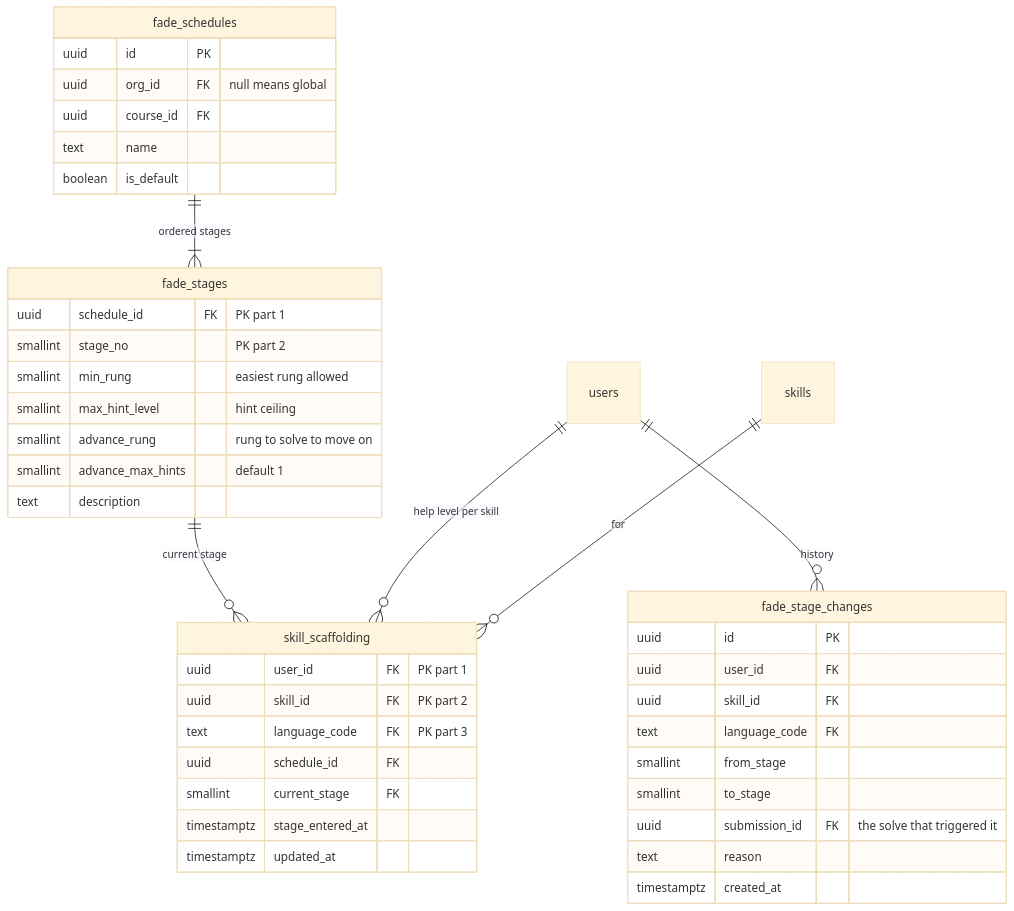
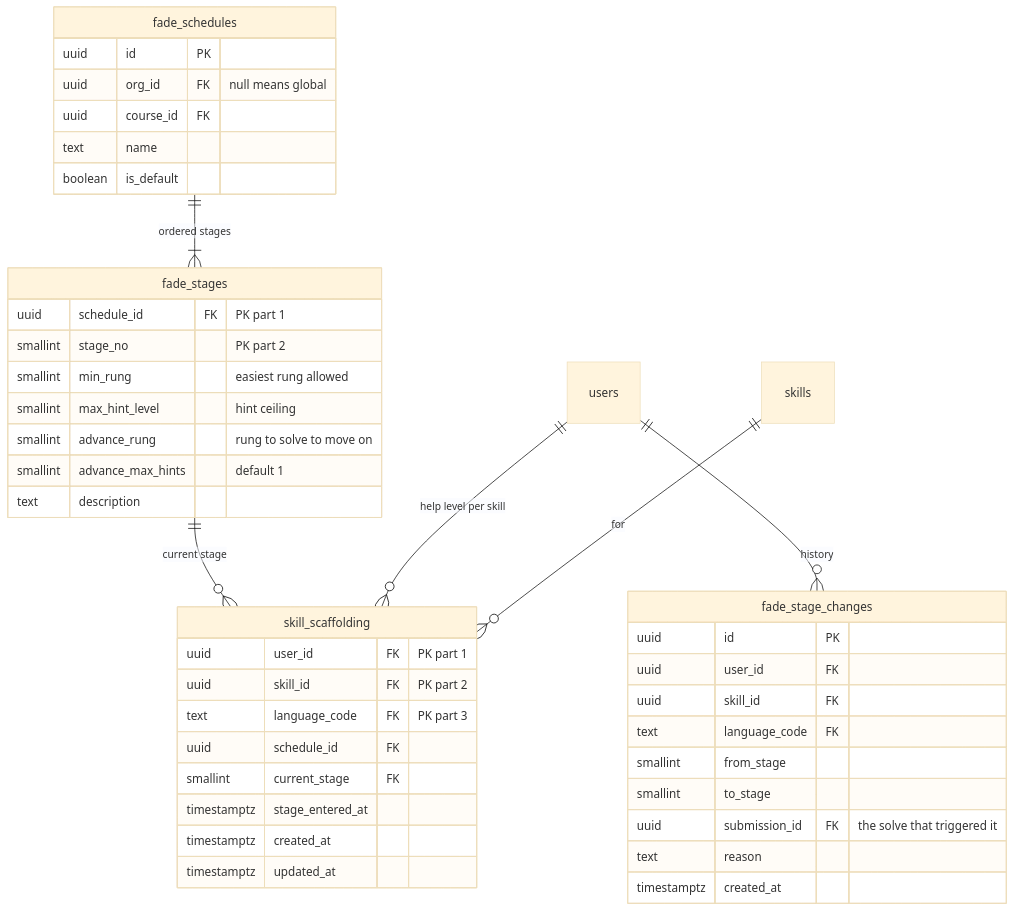
One commit to Nidanos/ai-tutor-platform changed diagram 14 of 32 in DOCS/phase-2/MP3-System-Design.md. Above: the diagram before and after it, drawn with Mermaid (base theme). The commit also changed other lines of this file, not shown here.

Commit message:
docs: sync Phase 2 design with built schema and auth contract

````diff
--- a/DOCS/phase-2/MP3-System-Design.md
+++ b/DOCS/phase-2/MP3-System-Design.md
@@ -908,44 +910,45 @@
 ```mermaid
 erDiagram
   fade_schedules ||--|{ fade_stages : "ordered stages"
   fade_stages ||--o{ skill_scaffolding : "current stage"
   users ||--o{ skill_scaffolding : "help level per skill"
   skills ||--o{ skill_scaffolding : "for"
   users ||--o{ fade_stage_changes : "history"
   fade_schedules {
     uuid id PK
     uuid org_id FK "null means global"
     uuid course_id FK
     text name
     boolean is_default
   }
   fade_stages {
     uuid schedule_id FK "PK part 1"
     smallint stage_no "PK part 2"
     smallint min_rung "easiest rung allowed"
     smallint max_hint_level "hint ceiling"
     smallint advance_rung "rung to solve to move on"
     smallint advance_max_hints "default 1"
     text description
   }
   skill_scaffolding {
     uuid user_id FK "PK part 1"
     uuid skill_id FK "PK part 2"
     text language_code FK "PK part 3"
     uuid schedule_id FK
     smallint current_stage FK
     timestamptz stage_entered_at
+    timestamptz created_at
     timestamptz updated_at
   }
   fade_stage_changes {
     uuid id PK
     uuid user_id FK
     uuid skill_id FK
     text language_code FK
     smallint from_stage
     smallint to_stage
     uuid submission_id FK "the solve that triggered it"
     text reason
     timestamptz created_at
   }
 ```
````
